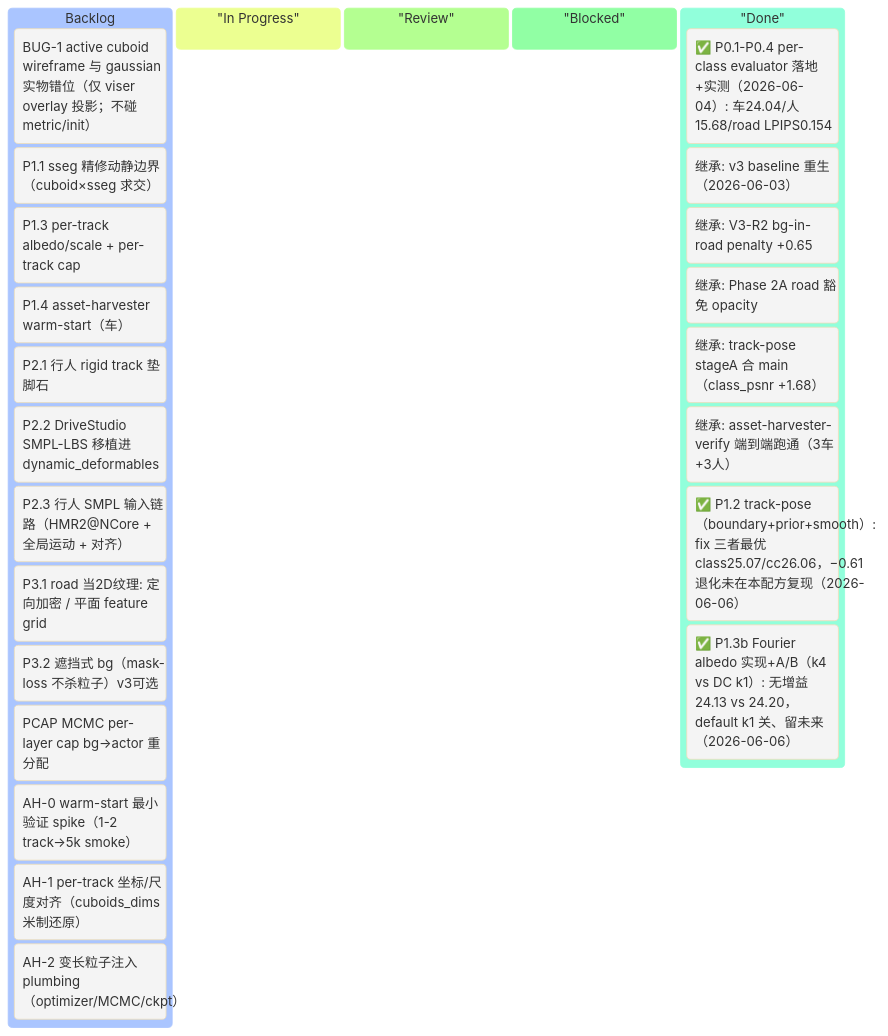
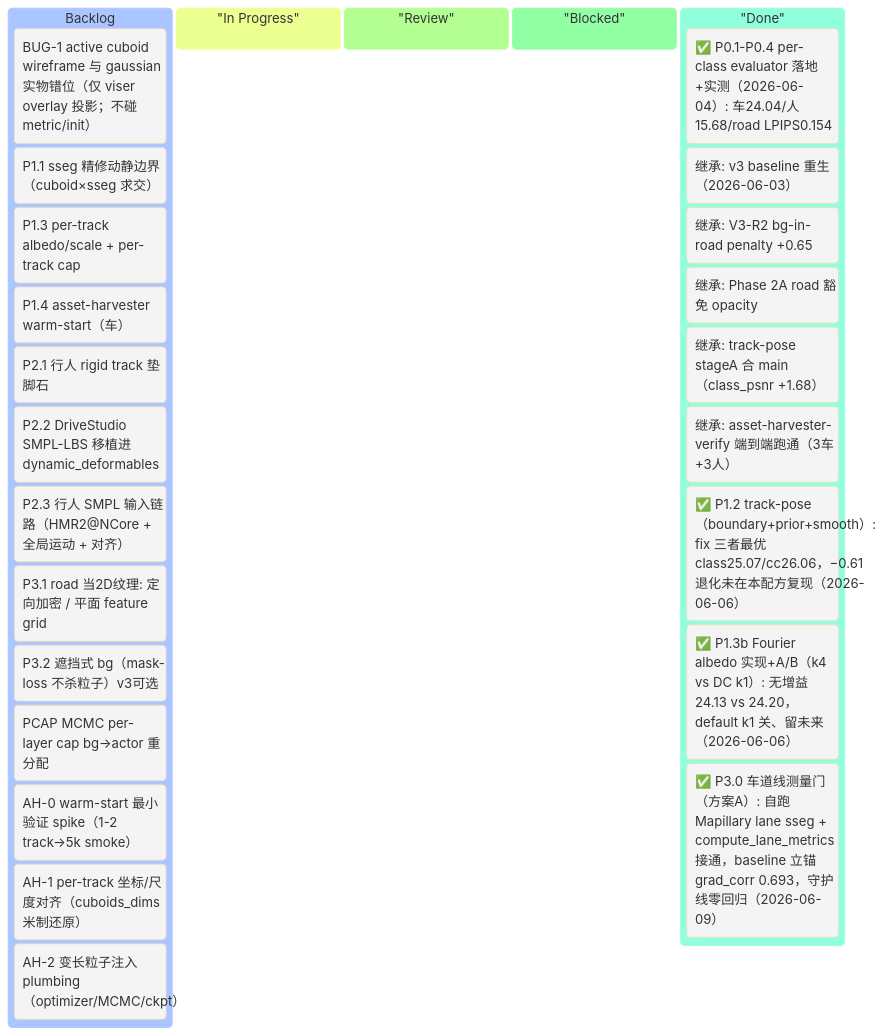
The first of 2 diagrams in v3_plan_revised.md (etendue/3dgrut), drawn with Mermaid before and after one commit. The commit also changed other lines of this file and 1 other file, not shown here.

Commit message:
docs(plan): P3.0 车道线测量门 done + lane anchor grad_corr 0.693 in v3_plan_revised kanban/gap/Done Log docs(arch): register P3.0 lane modules in v2_architecture §6 file list + §7 invariant

````diff
--- a/v3_plan_revised.md
+++ b/v3_plan_revised.md
@@ -67,34 +67,35 @@
 ```mermaid
 %%{init: {'theme':'base'}}%%
 kanban
     Backlog
         [BUG-1 active cuboid wireframe 与 gaussian 实物错位（仅 viser overlay 投影；不碰 metric/init）]
         [P1.1 sseg 精修动静边界（cuboid×sseg 求交）]
         [P1.3 per-track albedo/scale + per-track cap]
         [P1.4 asset-harvester warm-start（车）]
         [P2.1 行人 rigid track 垫脚石]
         [P2.2 DriveStudio SMPL-LBS 移植进 dynamic_deformables]
         [P2.3 行人 SMPL 输入链路（HMR2@NCore + 全局运动 + 对齐）]
         [P3.1 road 当2D纹理: 定向加密 / 平面 feature grid]
         [P3.2 遮挡式 bg（mask-loss 不杀粒子）v3可选]
         [PCAP MCMC per-layer cap bg→actor 重分配]
         [AH-0 warm-start 最小验证 spike（1-2 track→5k smoke）]
         [AH-1 per-track 坐标/尺度对齐（cuboids_dims 米制还原）]
         [AH-2 变长粒子注入 plumbing（optimizer/MCMC/ckpt）]
 
     "In Progress"
 
     "Review"
 
     "Blocked"
 
     "Done"
         [✅ P0.1-P0.4 per-class evaluator 落地+实测（2026-06-04）: 车24.04/人15.68/road LPIPS0.154]
         [继承: v3 baseline 重生（2026-06-03）]
         [继承: V3-R2 bg-in-road penalty +0.65]
         [继承: Phase 2A road 豁免 opacity]
         [继承: track-pose stageA 合 main（class_psnr +1.68）]
         [继承: asset-harvester-verify 端到端跑通（3车+3人）]
         [✅ P1.2 track-pose（boundary+prior+smooth）: fix 三者最优 class25.07/cc26.06，−0.61 退化未在本配方复现（2026-06-06）]
         [✅ P1.3b Fourier albedo 实现+A/B（k4 vs DC k1）: 无增益 24.13 vs 24.20，default k1 关、留未来（2026-06-06）]
+        [✅ P3.0 车道线测量门（方案A）: 自跑 Mapillary lane sseg + compute_lane_metrics 接通，baseline 立锚 grad_corr 0.693，守护线零回归（2026-06-09）]
 ```
````
